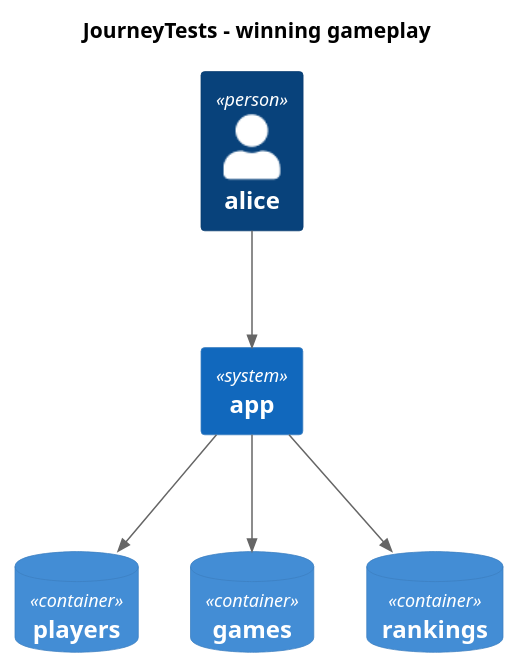
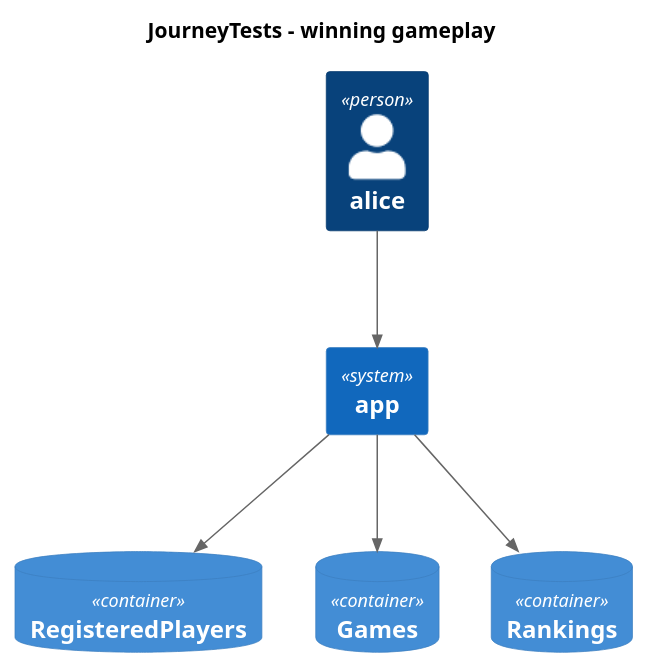
The diagram in docs/system/generated/JourneyTests - winning gameplay - Interactions.puml (th3n3rd/http4k-playground), drawn with PlantUML before and after one commit. The commit also changed 15 other files, not shown here.

```diff
--- a/docs/system/generated/JourneyTests - winning gameplay - Interactions.puml
+++ b/docs/system/generated/JourneyTests - winning gameplay - Interactions.puml
@@ -1,16 +1,16 @@
 @startuml
 title JourneyTests - winning gameplay
 
 !include https://raw.githubusercontent.com/plantuml-stdlib/C4-PlantUML/master/C4_Container.puml
 
 
 Person(alice, "alice")
 System(app, "app")
-ContainerDb(players, "players")
-ContainerDb(games, "games")
-ContainerDb(rankings, "rankings")    
+ContainerDb(RegisteredPlayers, "RegisteredPlayers")
+ContainerDb(Games, "Games")
+ContainerDb(Rankings, "Rankings")    
 Rel_D(alice, app, " ") 
-Rel_D(app, players, " ") 
-Rel_D(app, games, " ") 
-Rel_D(app, rankings, " ")     
+Rel_D(app, RegisteredPlayers, " ") 
+Rel_D(app, Games, " ") 
+Rel_D(app, Rankings, " ")     
 @enduml
```
